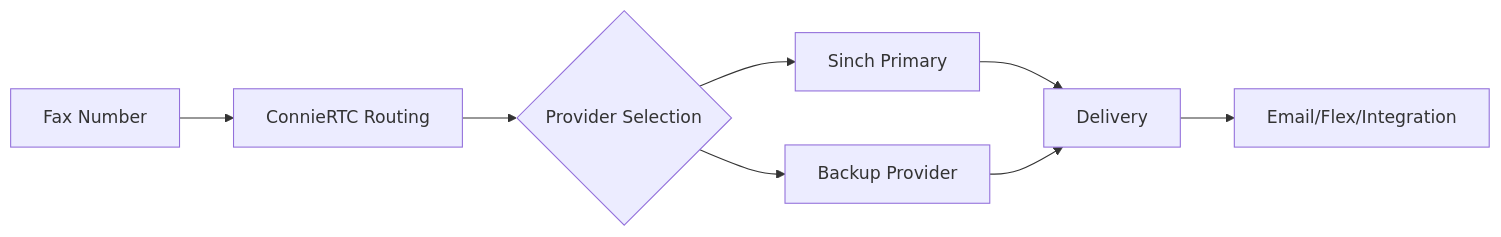
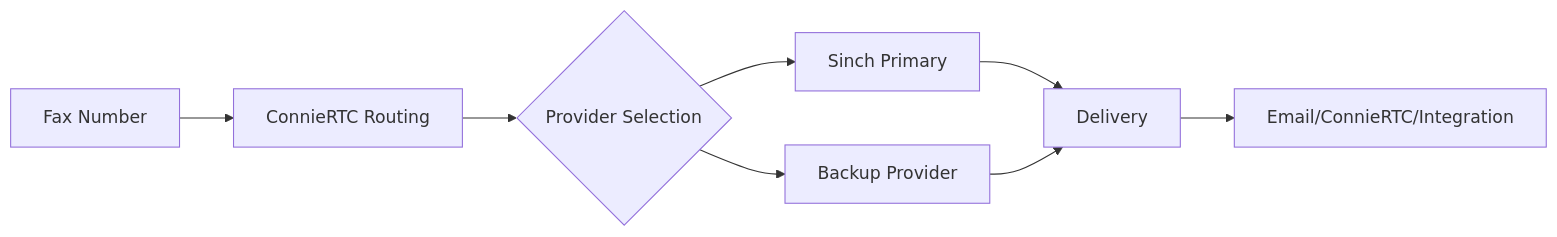
Before and after one commit to ConnieML/docs.connie: the diagram in docs/developers/building/feature-management/channels/fax/implementation-guide.md, drawn with Mermaid. The commit also changed other lines of this file and 120 other files, not shown here.

Commit message:
Replace Twilio with Connie and Flex with ConnieRTC throughout documentation

````diff
--- a/docs/developers/building/feature-management/channels/fax/implementation-guide.md
+++ b/docs/developers/building/feature-management/channels/fax/implementation-guide.md
@@ -166,10 +166,10 @@
 ```mermaid
 graph LR
     A[Fax Number] --> B[ConnieRTC Routing]
     B --> C{Provider Selection}
     C --> D[Sinch Primary]
     C --> E[Backup Provider]
     D --> F[Delivery]
     E --> F
-    F --> G[Email/Flex/Integration]
+    F --> G[Email/ConnieRTC/Integration]
 ```
````
